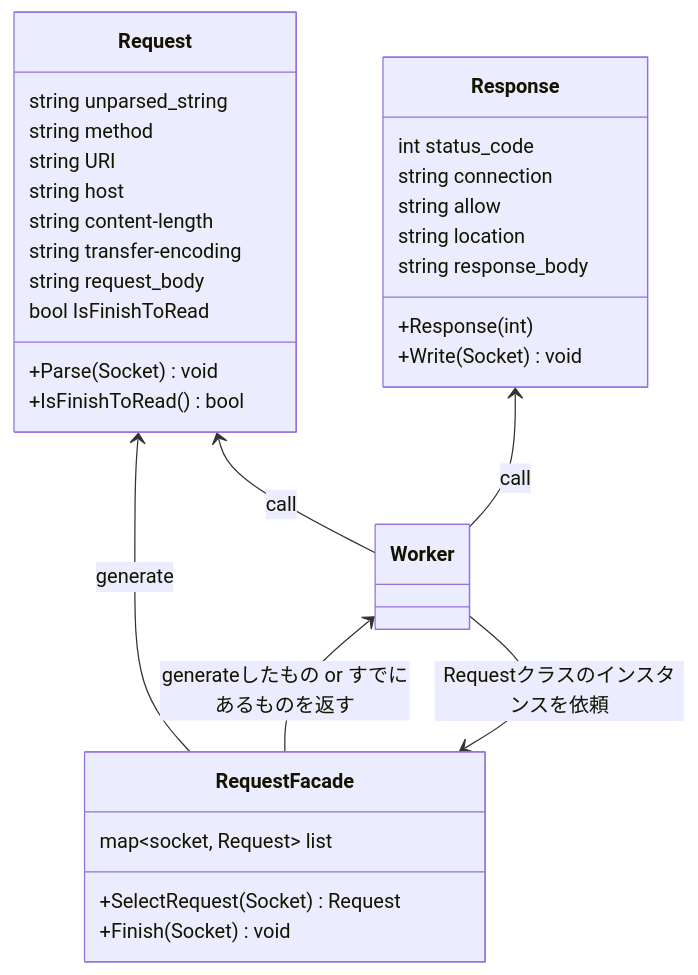
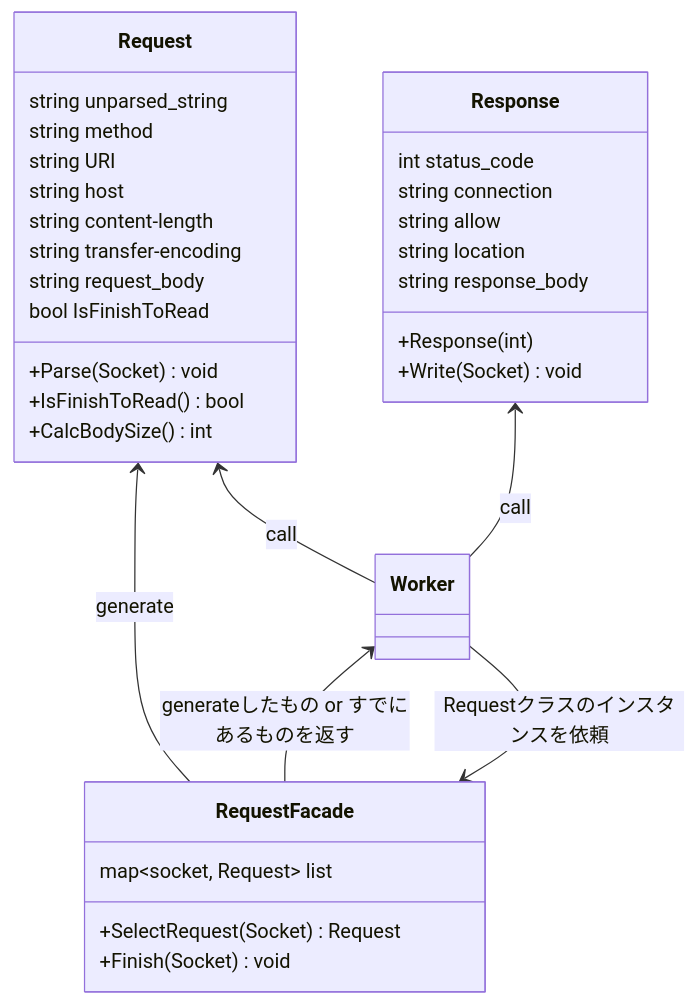
One commit to katataku/webserv changed the diagram in docs/class/http_class.md. Above: the diagram before and after it, drawn with Mermaid. The commit also changed other lines of this file and 2 other files, not shown here.

````diff
--- a/docs/class/http_class.md
+++ b/docs/class/http_class.md
@@ -1,43 +1,45 @@
 ```mermaid
 classDiagram
    class RequestFacade{
         map~socket, Request~ list
         +SelectRequest(Socket) Request
         +Finish(Socket) void
     }
 
-   class Request{
+    %% TODO: CalcBodySize()の詳細を詰める && nginxのmax_body_sizeも確認 %%
+    class Request{
         string unparsed_string
         string method
         string URI
         string host
         string content-length
         string transfer-encoding
         string request_body
         bool IsFinishToRead
         
         +Parse(Socket) void
         +IsFinishToRead() bool
+        +CalcBodySize() int
     }
 
     class Response{
         int status_code
         string connection
         string allow
         string location
         string response_body
 
         +Response(int)
         +Write(Socket) void
     }
 
 
 Request <-- RequestFacade : generate
 
 Worker <-- RequestFacade : generateしたもの or すでにあるものを返す
 Worker --> RequestFacade : Requestクラスのインスタンスを依頼
 
 
 Request  <--  Worker :call
 Response  <--  Worker :call
 ```
````
